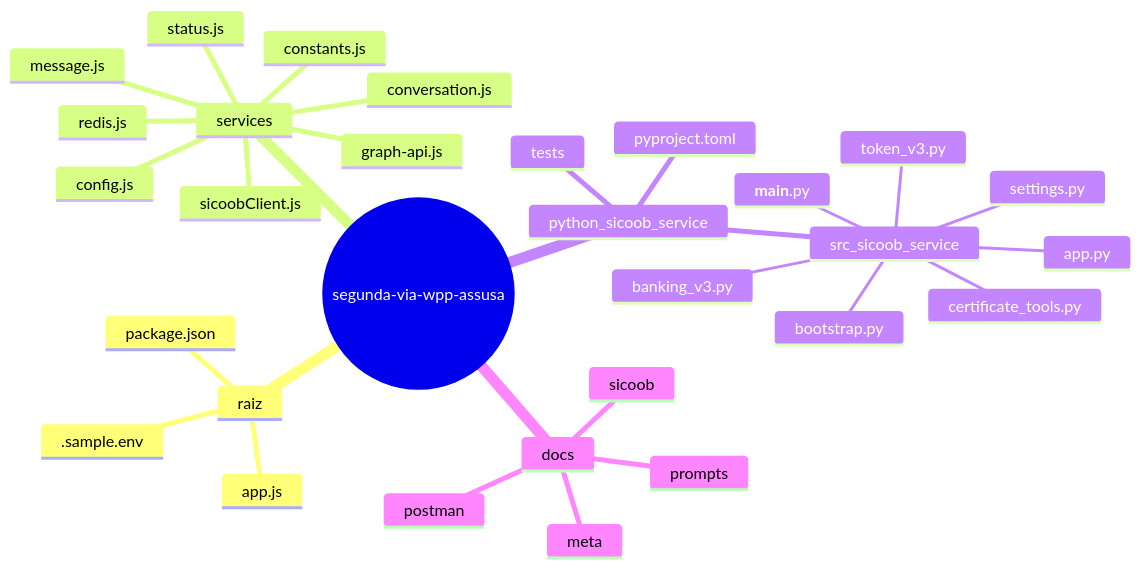
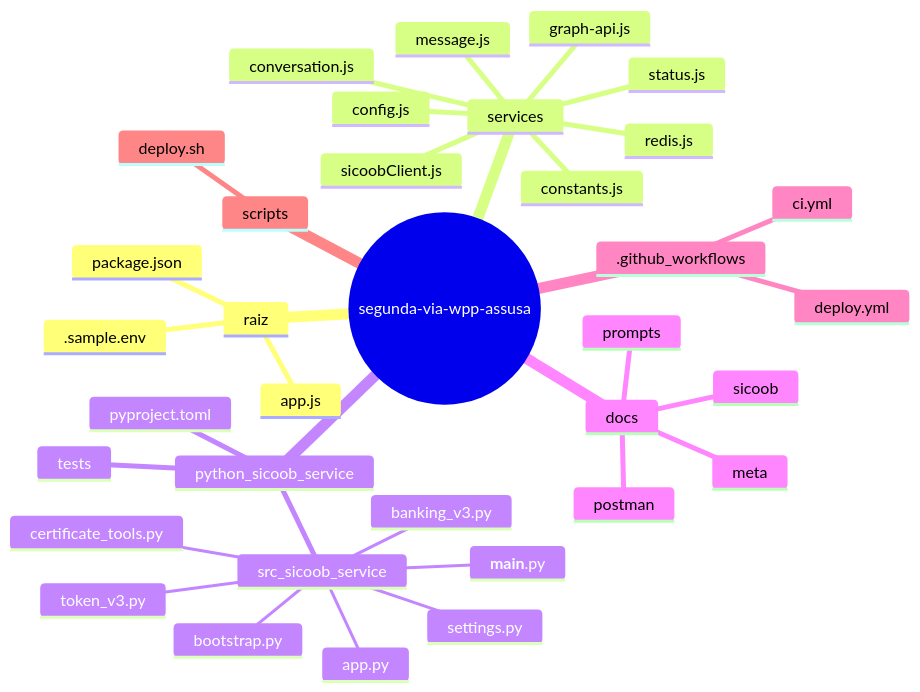
Before and after one commit to joaovianaamr/Assusa: the first of 3 diagrams in docs/ARCHITECTURE.md, drawn with Mermaid. The commit also changed other lines of this file and 3 other files, not shown here.

````diff
--- a/docs/ARCHITECTURE.md
+++ b/docs/ARCHITECTURE.md
@@ -9,33 +9,38 @@
 ```mermaid
 mindmap
   root((segunda-via-wpp-assusa))
     raiz
       package.json
       app.js
       .sample.env
     services
       config.js
       constants.js
       conversation.js
       graph-api.js
       message.js
       status.js
       redis.js
       sicoobClient.js
     python_sicoob_service
       pyproject.toml
       src_sicoob_service
         app.py
         bootstrap.py
         settings.py
         banking_v3.py
         token_v3.py
         certificate_tools.py
         __main__.py
       tests
     docs
       meta
       sicoob
       postman
       prompts
+    .github_workflows
+      ci.yml
+      deploy.yml
+    scripts
+      deploy.sh
 ```
````
